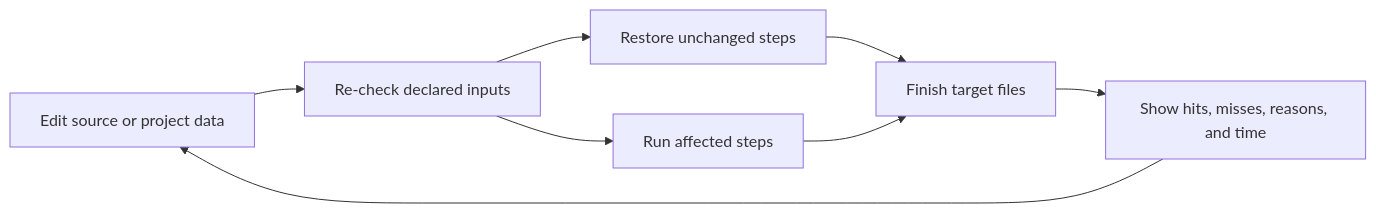
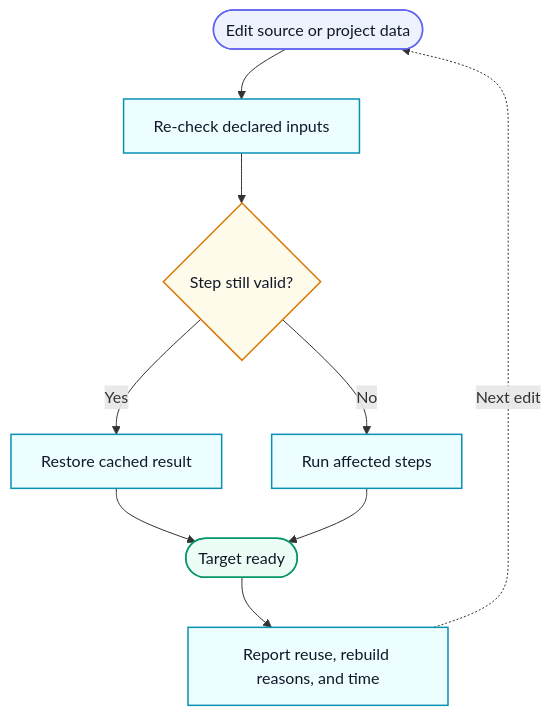
One commit to foxtacles/reprobit changed the third of 3 diagrams in README.md. Above: the diagram before and after it, drawn with Mermaid. The commit also changed other lines of this file and 3 other files, not shown here.

Commit message:
Replace raster logo and clarify project diagrams

````diff
--- a/README.md
+++ b/README.md
@@ -114,10 +156,23 @@
 ```mermaid
-flowchart LR
-    E["Edit source or project data"] --> K["Re-check declared inputs"]
-    K --> H["Restore unchanged steps"]
-    K --> M["Run affected steps"]
-    H --> F["Finish target files"]
+flowchart TB
+    accTitle: ReproBit's incremental build loop
+    accDescr: After an edit, valid steps are restored, affected steps run again, and ReproBit reports.
+
+    E(["Edit source or project data"]) --> K["Re-check declared inputs"]
+    K --> D{"Step still valid?"}
+    D -->|"Yes"| H["Restore cached result"]
+    D -->|"No"| M["Run affected steps"]
+    H --> F(["Target ready"])
     M --> F
-    F --> U["Show hits, misses, reasons, and time"]
-    U --> E
+    F --> U["Report reuse, rebuild reasons, and time"]
+    U -. "Next edit" .-> E
+
+    classDef input fill:#eef2ff,stroke:#6366f1,color:#111827,stroke-width:1.5px
+    classDef process fill:#ecfeff,stroke:#0891b2,color:#111827,stroke-width:1.5px
+    classDef decision fill:#fffbeb,stroke:#d97706,color:#111827,stroke-width:1.5px
+    classDef result fill:#ecfdf5,stroke:#059669,color:#111827,stroke-width:1.5px
+    class E input
+    class K,H,M,U process
+    class D decision
+    class F result
 ```
````
